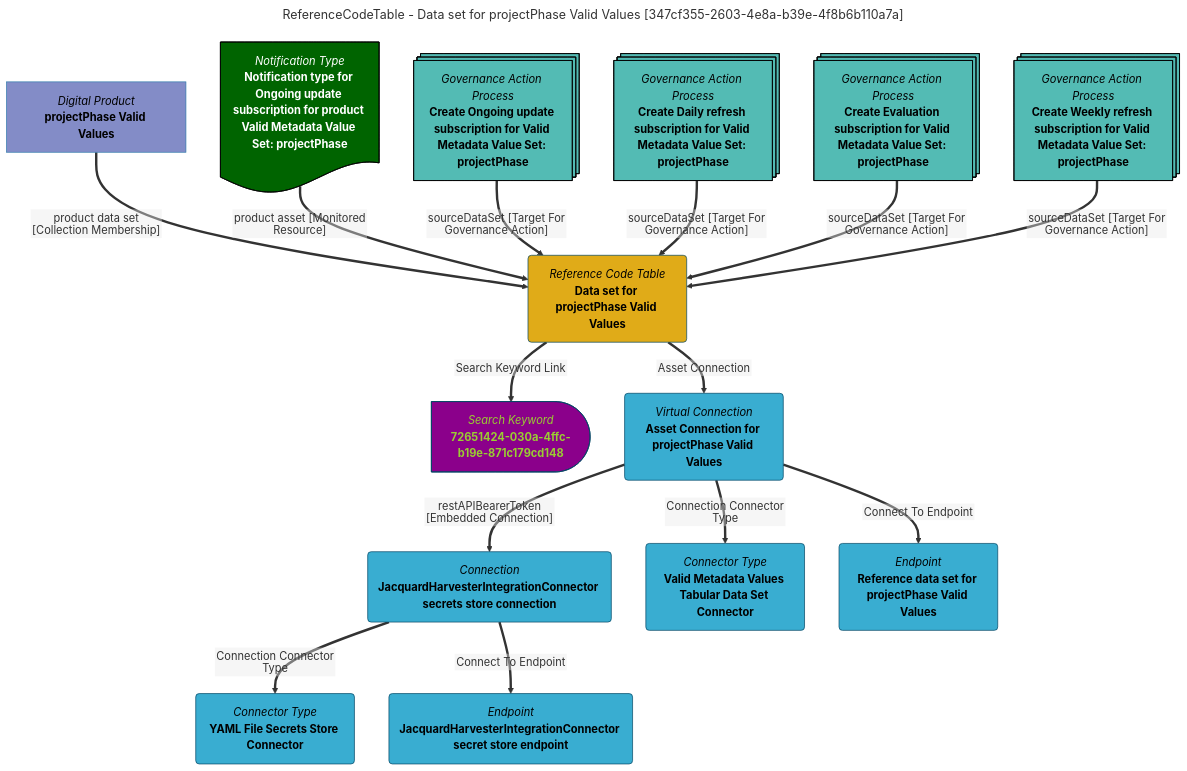
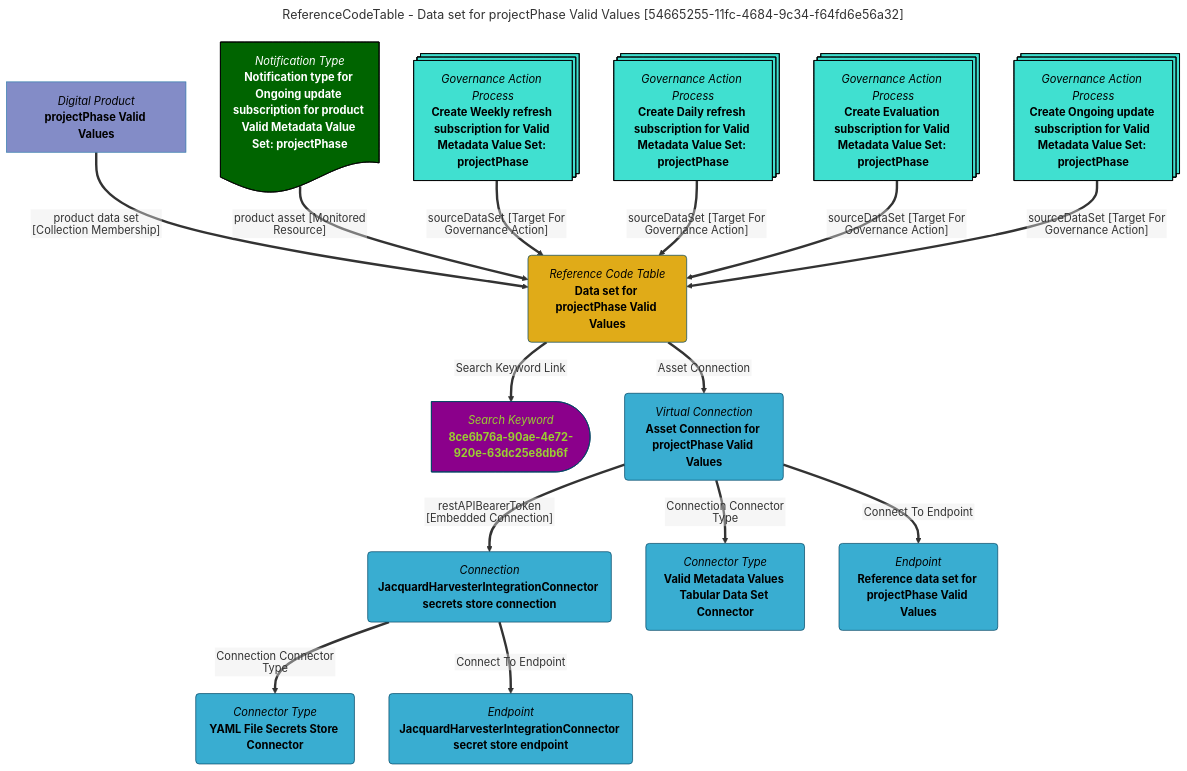
One commit to odpi/egeria-docs changed the diagram in site/snippets/data-assets/data-set-for-projectphase-valid-values-mermaid-graph.md. Above: the diagram before and after it, drawn with Mermaid. The commit also changed 2201 other files, not shown here.

````diff
--- a/site/snippets/data-assets/data-set-for-projectphase-valid-values-mermaid-graph.md
+++ b/site/snippets/data-assets/data-set-for-projectphase-valid-values-mermaid-graph.md
@@ -1,63 +1,63 @@
 ```mermaid
 ---
-title: ReferenceCodeTable - Data set for projectPhase Valid Values [347cf355-2603-4e8a-b39e-4f8b6b110a7a]
+title: ReferenceCodeTable - Data set for projectPhase Valid Values [54665255-11fc-4684-9c34-f64fd6e56a32]
 ---
 flowchart TD
 %%{init: {"flowchart": {"htmlLabels": false}} }%%
 
 1@{ shape: rounded, label: "*Reference Code Table*
 **Data set for projectPhase Valid Values**"}
 2@{ shape: delay, label: "*Search Keyword*
-**72651424-030a-4ffc-b19e-871c179cd148**"}
+**8ce6b76a-90ae-4e72-920e-63dc25e8db6f**"}
 1==>|"Search Keyword Link"|2
 3@{ shape: rect, label: "*Digital Product*
 **projectPhase Valid Values**"}
 3==>|"product data set [Collection Membership]"|1
 4@{ shape: rounded, label: "*Virtual Connection*
 **Asset Connection for projectPhase Valid Values**"}
 1==>|"Asset Connection"|4
 5@{ shape: rounded, label: "*Connection*
 **JacquardHarvesterIntegrationConnector secrets store connection**"}
 4==>|"restAPIBearerToken [Embedded Connection]"|5
 6@{ shape: rounded, label: "*Connector Type*
 **YAML File Secrets Store Connector**"}
 5==>|"Connection Connector Type"|6
 7@{ shape: rounded, label: "*Endpoint*
 **JacquardHarvesterIntegrationConnector secret store endpoint**"}
 5==>|"Connect To Endpoint"|7
 8@{ shape: rounded, label: "*Connector Type*
 **Valid Metadata Values Tabular Data Set Connector**"}
 4==>|"Connection Connector Type"|8
 9@{ shape: rounded, label: "*Endpoint*
 **Reference data set for projectPhase Valid Values**"}
 4==>|"Connect To Endpoint"|9
 10@{ shape: doc, label: "*Notification Type*
 **Notification type for Ongoing update subscription for product Valid Metadata Value Set: projectPhase**"}
 10==>|"product asset [Monitored Resource]"|1
 11@{ shape: processes, label: "*Governance Action Process*
-**Create Ongoing update subscription for Valid Metadata Value Set: projectPhase**"}
+**Create Weekly refresh subscription for Valid Metadata Value Set: projectPhase**"}
 11==>|"sourceDataSet [Target For Governance Action]"|1
 12@{ shape: processes, label: "*Governance Action Process*
 **Create Daily refresh subscription for Valid Metadata Value Set: projectPhase**"}
 12==>|"sourceDataSet [Target For Governance Action]"|1
 13@{ shape: processes, label: "*Governance Action Process*
 **Create Evaluation subscription for Valid Metadata Value Set: projectPhase**"}
 13==>|"sourceDataSet [Target For Governance Action]"|1
 14@{ shape: processes, label: "*Governance Action Process*
-**Create Weekly refresh subscription for Valid Metadata Value Set: projectPhase**"}
+**Create Ongoing update subscription for Valid Metadata Value Set: projectPhase**"}
 14==>|"sourceDataSet [Target For Governance Action]"|1
-style 11 color:#000000, fill:#53bbb4, stroke:#000000
-style 12 color:#000000, fill:#53bbb4, stroke:#000000
-style 13 color:#000000, fill:#53bbb4, stroke:#000000
-style 14 color:#000000, fill:#53bbb4, stroke:#000000
+style 11 color:#000000, fill:#40E0D0, stroke:#000000
+style 12 color:#000000, fill:#40E0D0, stroke:#000000
+style 13 color:#000000, fill:#40E0D0, stroke:#000000
+style 14 color:#000000, fill:#40E0D0, stroke:#000000
 style 1 color:#000000, fill:#e0ab18, stroke:#004563
-style 2 color:#9acd32, fill:#8b008b, stroke:#004563
+style 2 color:#9ACD32, fill:#8B008B, stroke:#004563
 style 3 color:#000000, fill:#838cc7, stroke:#3079ab
 style 4 color:#000000, fill:#39add1, stroke:#004563
 style 5 color:#000000, fill:#39add1, stroke:#004563
 style 6 color:#000000, fill:#39add1, stroke:#004563
 style 7 color:#000000, fill:#39add1, stroke:#004563
 style 8 color:#000000, fill:#39add1, stroke:#004563
 style 9 color:#000000, fill:#39add1, stroke:#004563
 style 10 color:#FFFFFF, fill:#006400, stroke:#000000
 ```
````
